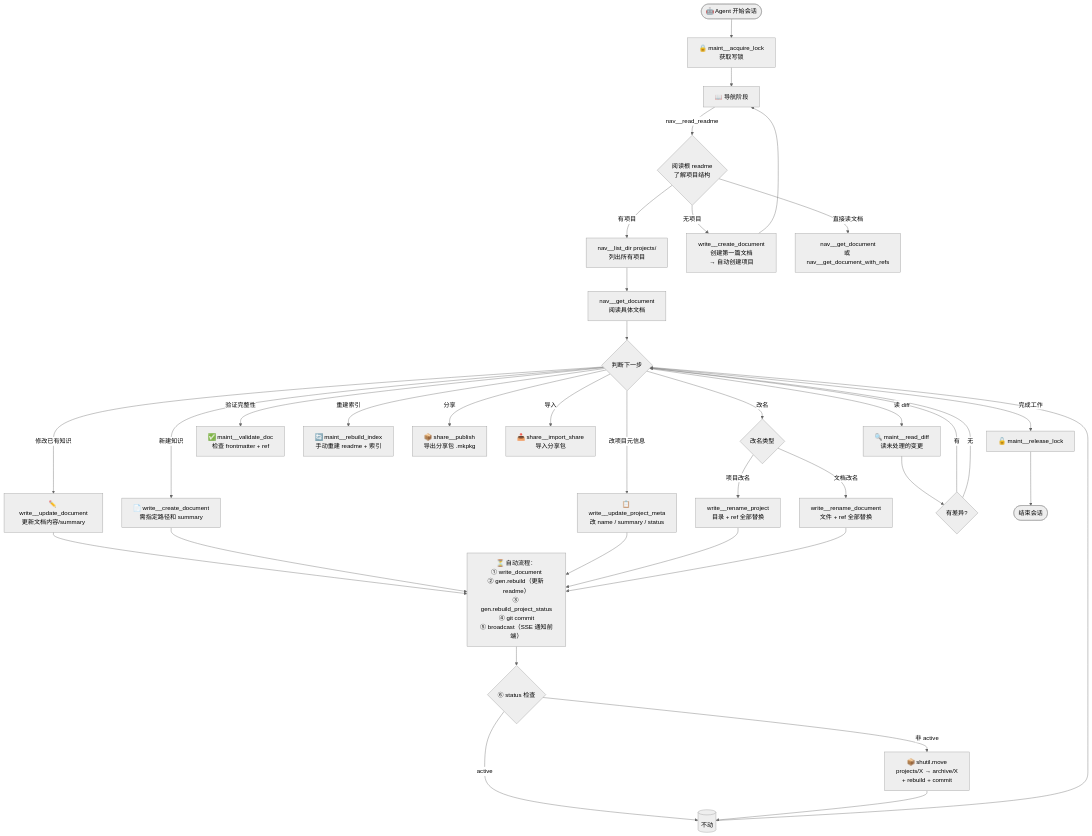
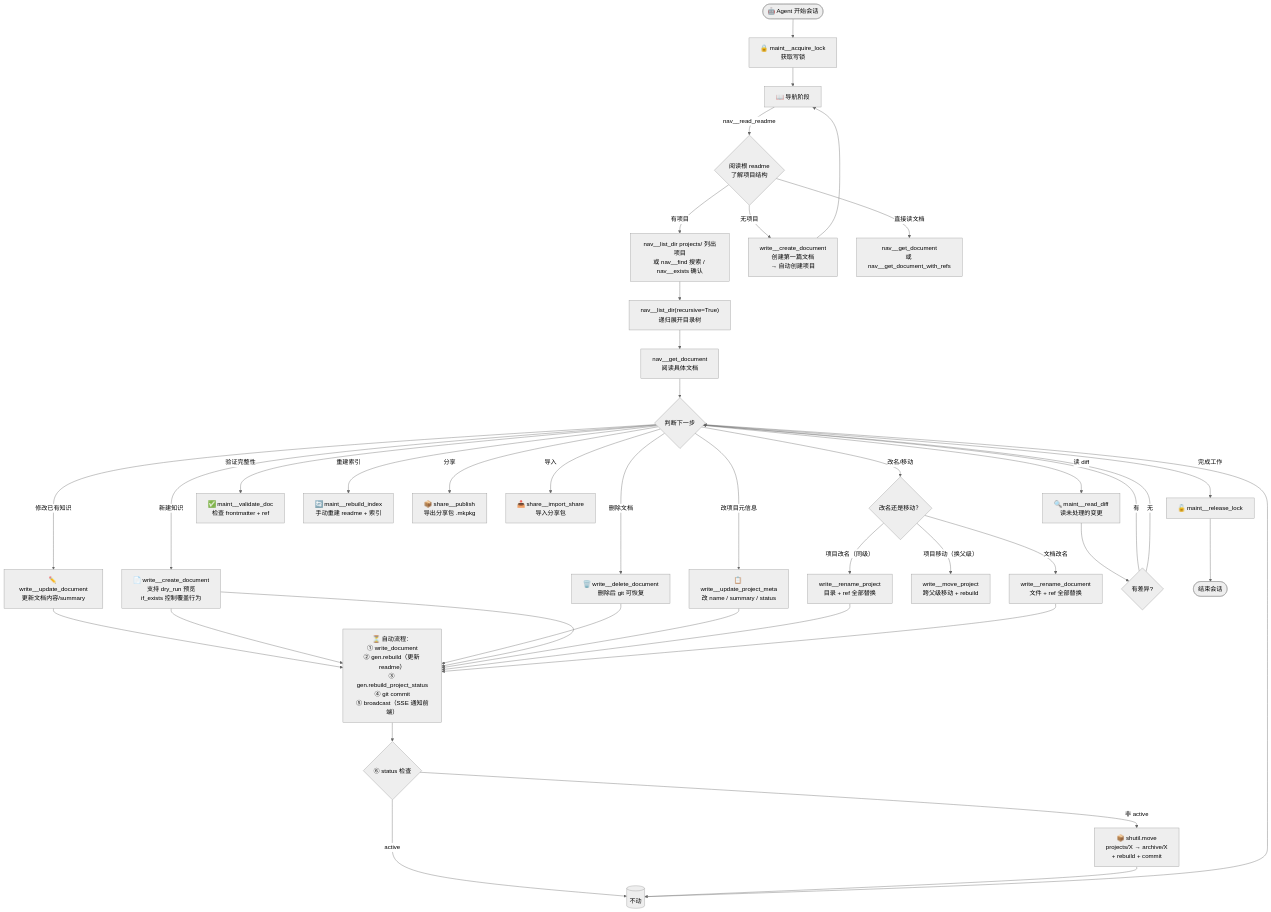
The third of 4 diagrams in docs/product-flow/workflow.md (CoderMoray/MyKnowledgePlatform), drawn with Mermaid before and after one commit. The commit also changed other lines of this file and 2 other files, not shown here.

Commit message:
fix: convert TipTap tables to markdown before turndown save

````diff
--- a/docs/product-flow/workflow.md
+++ b/docs/product-flow/workflow.md
@@ -98,51 +98,56 @@
 ```mermaid
 %%{init: {'theme': 'neutral'}}%%
 flowchart TD
     Start(["🤖 Agent 开始会话"])
 
     Start --> AcquireLock["🔒 maint__acquire_lock<br/>获取写锁"]
 
     AcquireLock --> ReadKB["📖 导航阶段"]
     ReadKB -->|nav__read_readme| ReadRoot{"阅读根 readme<br/>了解项目结构"}
-    ReadRoot -->|有项目| ListProjects["nav__list_dir projects/<br/>列出所有项目"]
+    ReadRoot -->|有项目| ListProjects["nav__list_dir projects/ 列出项目<br/>或 nav__find 搜索 / nav__exists 确认"]
     ReadRoot -->|无项目| CreateFirst["write__create_document<br/>创建第一篇文档<br/>→ 自动创建项目"]
     ReadRoot -->|直接读文档| ReadDoc["nav__get_document<br/>或 nav__get_document_with_refs"]
 
-    ListProjects --> ReadMoreDocs["nav__get_document<br/>阅读具体文档"]
+    ListProjects --> Explore["nav__list_dir(recursive=True)<br/>递归展开目录树"]
+    Explore --> ReadMoreDocs["nav__get_document<br/>阅读具体文档"]
     CreateFirst --> ReadKB
 
     ReadMoreDocs --> Decide{"判断下一步"}
 
     Decide -->|"修改已有知识"| Update["✏️ write__update_document<br/>更新文档内容/summary"]
-    Decide -->|"新建知识"| Create["📄 write__create_document<br/>需指定路径和 summary"]
+    Decide -->|"新建知识"| Create["📄 write__create_document<br/>支持 dry_run 预览<br/>if_exists 控制覆盖行为"]
+    Decide -->|"删除文档"| Delete["🗑️ write__delete_document<br/>删除后 git 可恢复"]
     Decide -->|"改项目元信息"| ProjectMeta["📋 write__update_project_meta<br/>改 name / summary / status"]
-    Decide -->|"改名"| Rename{"改名类型"}
+    Decide -->|"改名/移动"| Rename{"改名还是移动？"}
     Decide -->|"读 diff"| ReadDiff["🔍 maint__read_diff<br/>读未处理的变更"]
     Decide -->|"验证完整性"| Validate["✅ maint__validate_doc<br/>检查 frontmatter + ref"]
     Decide -->|"重建索引"| Rebuild["🔄 maint__rebuild_index<br/>手动重建 readme + 索引"]
     Decide -->|"分享"| Share["📦 share__publish<br/>导出分享包 .mkpkg"]
     Decide -->|"导入"| Import["📥 share__import_share<br/>导入分享包"]
     Decide -->|"完成工作"| Release["🔓 maint__release_lock"]
 
-    Rename -->|"项目改名"| RenameProj["write__rename_project<br/>目录 + ref 全部替换"]
+    Rename -->|"项目改名（同级）"| RenameProj["write__rename_project<br/>目录 + ref 全部替换"]
+    Rename -->|"项目移动（换父级）"| MoveProj["write__move_project<br/>跨父级移动 + rebuild"]
     Rename -->|"文档改名"| RenameDoc["write__rename_document<br/>文件 + ref 全部替换"]
 
     Update --> WriteThrough["⏳ 自动流程：<br/>① write_document<br/>② gen.rebuild（更新 readme）<br/>③ gen.rebuild_project_status<br/>④ git commit<br/>⑤ broadcast（SSE 通知前端）"]
+    Create --> WriteThrough
+    Delete --> WriteThrough
     Create --> WriteThrough
     ProjectMeta --> WriteThrough
     RenameProj --> WriteThrough
     RenameDoc --> WriteThrough
 
     WriteThrough --> AutoArchive{"⑥ status 检查"}
     AutoArchive -->|"非 active"| Archive["📦 shutil.move<br/>projects/X → archive/X<br/>+ rebuild + commit"]
     AutoArchive -->|"active"| Keep[("不动")]
     Archive --> Keep
 
     Keep --> Decide
 
     ReadDiff --> ProcessDiff{"有差异?"}
     ProcessDiff -->|"有"| Decide
     ProcessDiff -->|"无"| Decide
 
     Release --> End(["结束会话"])
 ```
````
